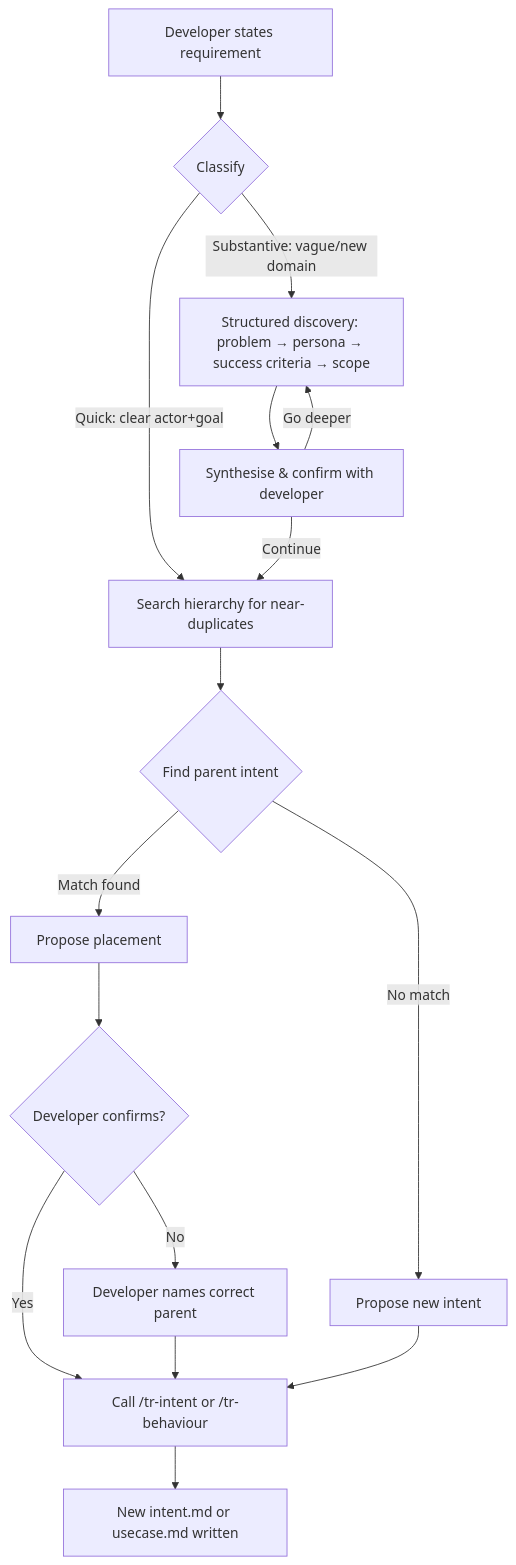
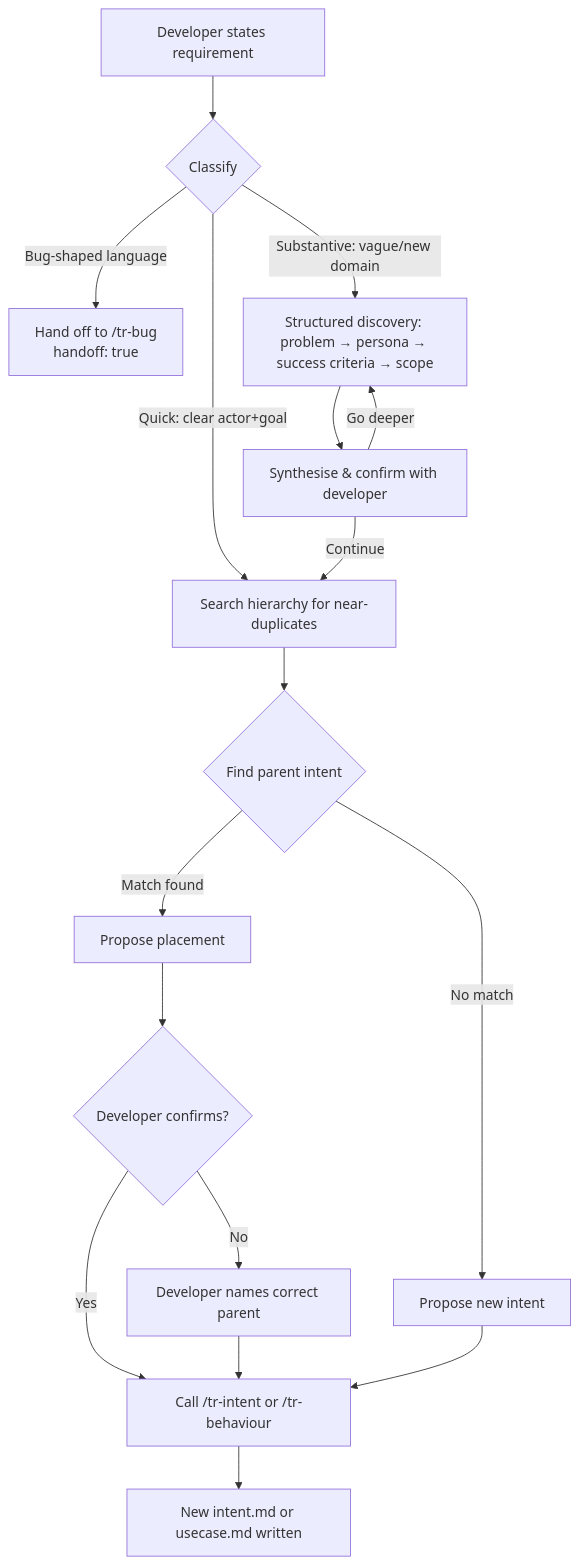
The diagram in taproot/human-integration/route-requirement/usecase.md (imix/taproot), drawn with Mermaid before and after one commit. The commit also changed other lines of this file, not shown here.

Commit message:
taproot(human-integration/route-requirement): add bug-shaped input detection and /tr-bug handoff (AC-7)

````diff
--- a/taproot/human-integration/route-requirement/usecase.md
+++ b/taproot/human-integration/route-requirement/usecase.md
@@ -123,17 +130,18 @@
 ```mermaid
 flowchart TD
     A[Developer states requirement] --> B{Classify}
+    B -- Bug-shaped language --> BUG[Hand off to /tr-bug\nhandoff: true]
     B -- Quick: clear actor+goal --> C[Search hierarchy for near-duplicates]
     B -- Substantive: vague/new domain --> D[Structured discovery: problem → persona → success criteria → scope]
     D --> E[Synthesise & confirm with developer]
     E -- Go deeper --> D
     E -- Continue --> C
     C --> F{Find parent intent}
     F -- Match found --> G[Propose placement]
     F -- No match --> H[Propose new intent]
     G --> I{Developer confirms?}
     I -- Yes --> J[Call /tr-intent or /tr-behaviour]
     I -- No --> K[Developer names correct parent] --> J
     H --> J
     J --> L[New intent.md or usecase.md written]
 ```
````
